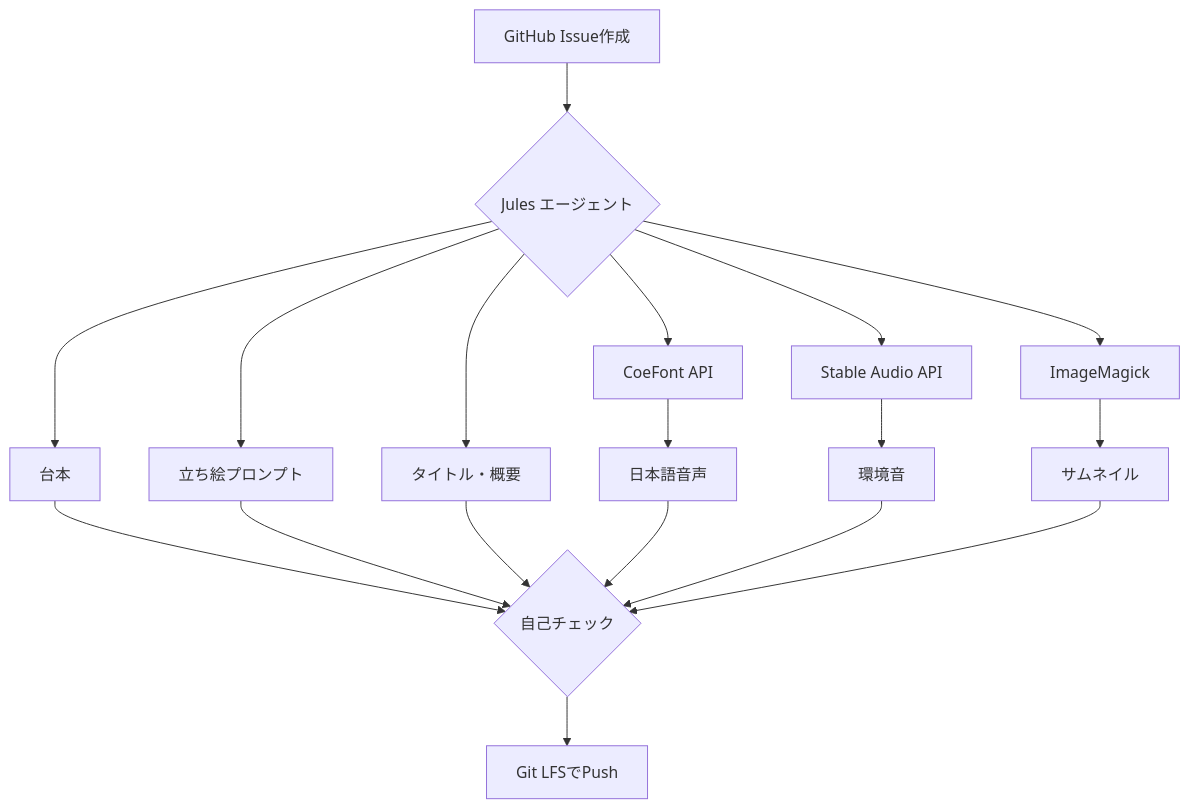
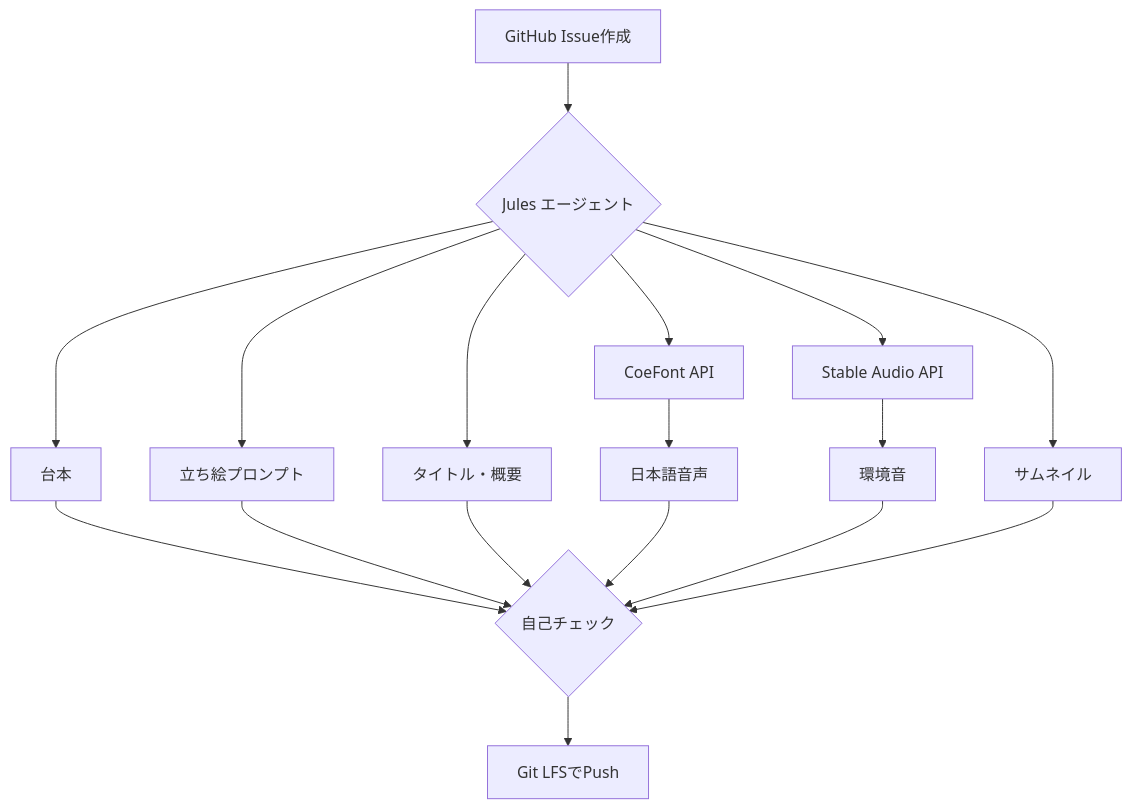
One commit to pyororin/youtube-aigc-pipeline changed the diagram in docs/01_workflow.md. Above: the diagram before and after it, drawn with Mermaid. The commit also changed other lines of this file and 6 other files, not shown here.

````diff
--- a/docs/01_workflow.md
+++ b/docs/01_workflow.md
@@ -5,15 +5,14 @@
 ```mermaid
 graph TD
     A[GitHub Issue作成] --> B{Jules エージェント};
     B --> D[台本];
     B --> E[立ち絵プロンプト];
     B --> F[タイトル・概要];
     B --> G[CoeFont API];
     G --> H[日本語音声];
     B --> I[Stable Audio API];
     I --> J[環境音];
-    B --> K[ImageMagick];
-    K --> L[サムネイル];
+    B --> L[サムネイル];
     D & E & F & H & J & L --> M{自己チェック};
     M --> N[Git LFSでPush];
 ```
````
